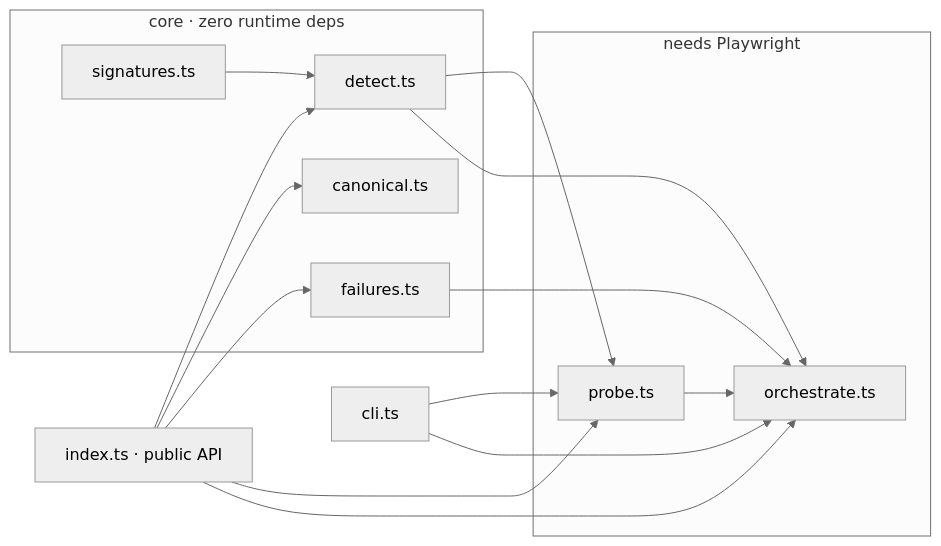
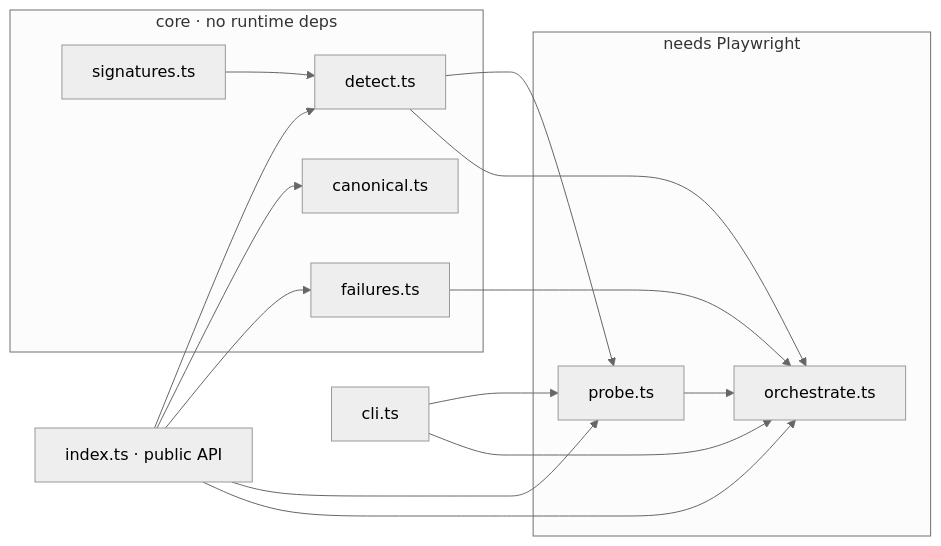
The fifth of 5 diagrams in README.md (JovanJevtic/stacksniff), drawn with Mermaid (neutral theme) before and after one commit. The commit also changed other lines of this file and 4 other files, not shown here.

````diff
--- a/README.md
+++ b/README.md
@@ -269,22 +269,22 @@
 ```mermaid
 flowchart LR
-    subgraph core["core · zero runtime deps"]
+    subgraph core["core · no runtime deps"]
         SIG["signatures.ts"] --> DET["detect.ts"]
         CAN["canonical.ts"]
         FAIL["failures.ts"]
     end
     subgraph browser["needs Playwright"]
         PR["probe.ts"]
         ORC["orchestrate.ts"]
     end
     DET --> PR --> ORC
     DET --> ORC
     FAIL --> ORC
     CLI["cli.ts"] --> PR
     CLI --> ORC
     IDX["index.ts · public API"] --> DET
     IDX --> PR
     IDX --> ORC
     IDX --> CAN
     IDX --> FAIL
 ```
````
